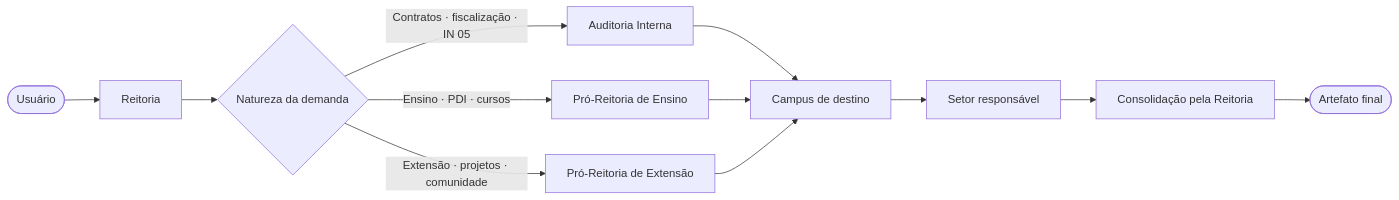
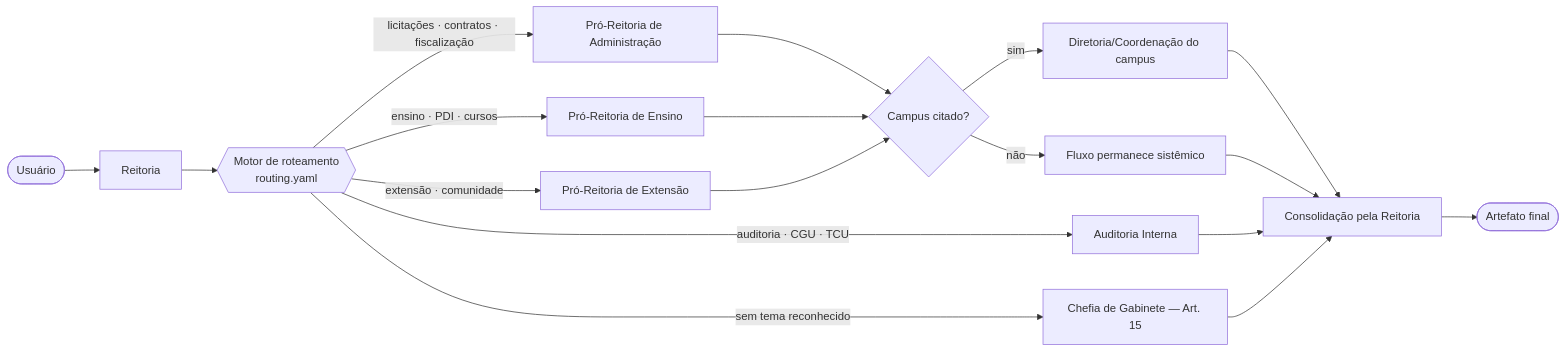
One commit to marciobisognin/GeniusAI changed the first of 3 diagrams in iffar-3d-town/README.md. Above: the diagram before and after it, drawn with Mermaid. The commit also changed other lines of this file and 9 other files, not shown here.

````diff
--- a/iffar-3d-town/README.md
+++ b/iffar-3d-town/README.md
@@ -80,17 +82,23 @@
 ```mermaid
 flowchart LR
     U([Usuário]) --> R[Reitoria]
-    R --> D{Natureza da demanda}
+    R --> M{{Motor de roteamento<br/>routing.yaml}}
 
-    D -->|Contratos · fiscalização · IN 05| A[Auditoria Interna]
-    D -->|Ensino · PDI · cursos| E[Pró-Reitoria de Ensino]
-    D -->|Extensão · projetos · comunidade| X[Pró-Reitoria de Extensão]
+    M -->|licitações · contratos · fiscalização| PROAD[Pró-Reitoria de Administração]
+    M -->|ensino · PDI · cursos| PROEN[Pró-Reitoria de Ensino]
+    M -->|extensão · comunidade| PROEX[Pró-Reitoria de Extensão]
+    M -->|auditoria · CGU · TCU| AUDIT[Auditoria Interna]
+    M -->|sem tema reconhecido| GAB[Chefia de Gabinete — Art. 15]
 
-    A --> C[Campus de destino]
-    E --> C
-    X --> C
+    PROAD --> C{Campus citado?}
+    PROEN --> C
+    PROEX --> C
+    C -->|sim| CX[Diretoria/Coordenação do campus]
+    C -->|não| CONS[Fluxo permanece sistêmico]
 
-    C --> S[Setor responsável]
-    S --> R2[Consolidação pela Reitoria]
+    CX --> R2[Consolidação pela Reitoria]
+    CONS --> R2
+    AUDIT --> R2
+    GAB --> R2
     R2 --> F([Artefato final])
 ```
````
